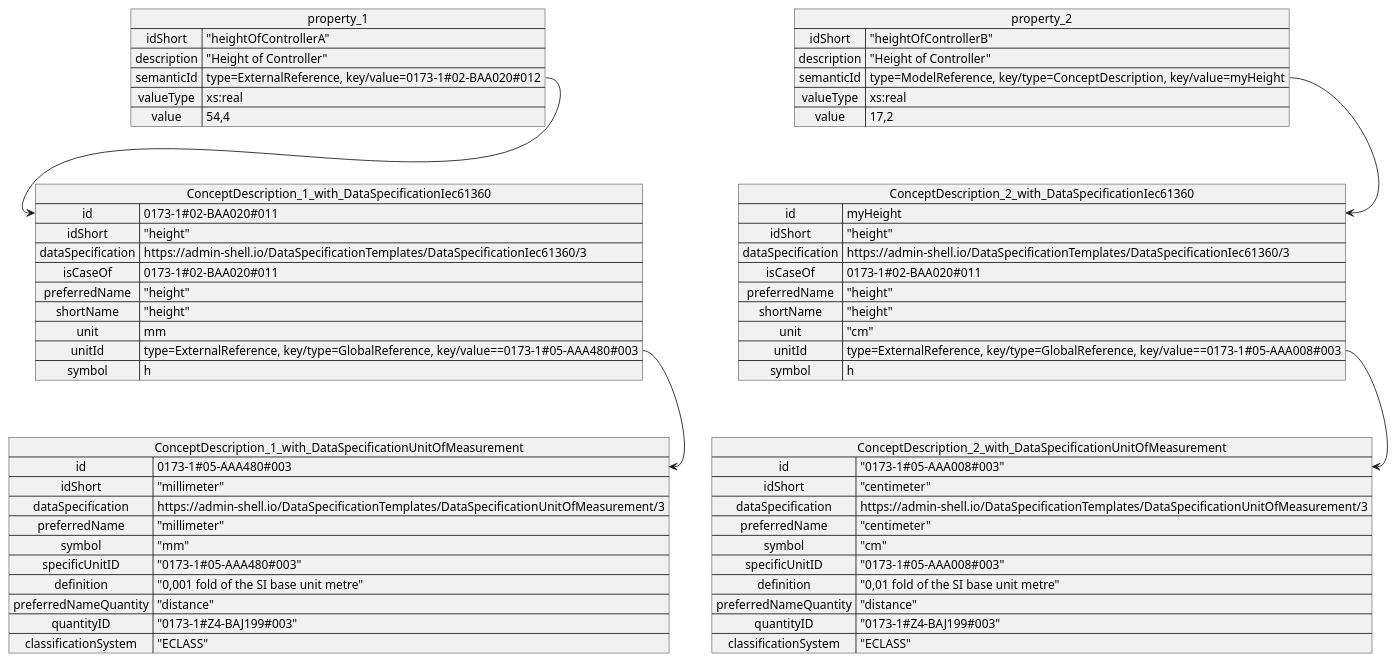
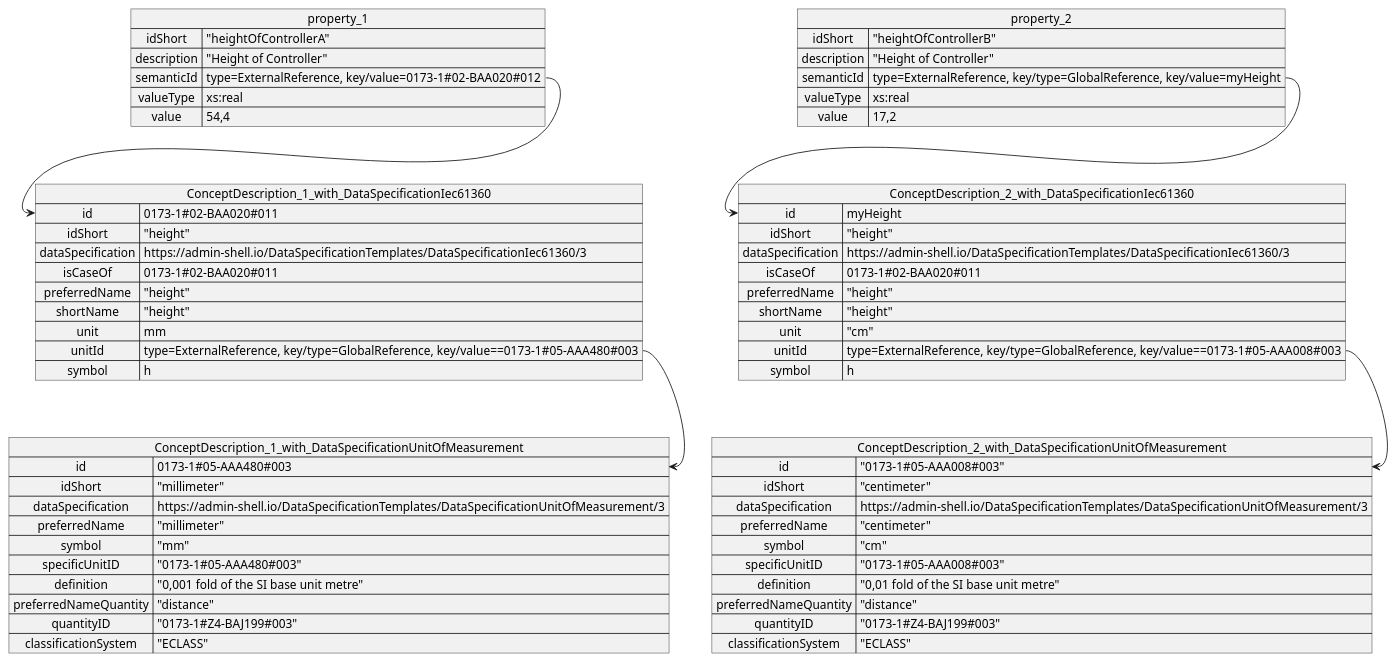
Before and after one commit to admin-shell-io/aas-specs-measurement-units: the third of 3 diagrams in documentation/IDTA-01003-b/modules/ROOT/pages/introduction.adoc, drawn with PlantUML.

```diff
--- a/documentation/IDTA-01003-b/modules/ROOT/pages/introduction.adoc
+++ b/documentation/IDTA-01003-b/modules/ROOT/pages/introduction.adoc
@@ -246,76 +246,76 @@
 [plantuml, image-ex-different-UoM, svg]
 ....
 @startuml
 map property_1 {
     idShort => "heightOfControllerA"
     description => "Height of Controller"
     semanticId => type=ExternalReference, key/value=0173-1#02-BAA020#012
     valueType => xs:real
     value => 54,4
 }
 
 map property_2 {
     idShort => "heightOfControllerB"
     description => "Height of Controller"
-    semanticId => type=ModelReference, key/type=ConceptDescription, key/value=myHeight
+    semanticId => type=ExternalReference, key/type=GlobalReference, key/value=myHeight
     valueType => xs:real
     value => 17,2
 }
 
 map  ConceptDescription_1_with_DataSpecificationIec61360 {
   id => 0173-1#02-BAA020#011
   idShort => "height"
   dataSpecification => https://admin-shell.io/DataSpecificationTemplates/DataSpecificationIec61360/3
   isCaseOf => 0173-1#02-BAA020#011
   preferredName  => "height"
   shortName => "height"
   unit => mm
   unitId => type=ExternalReference, key/type=GlobalReference, key/value==0173-1#05-AAA480#003
   symbol => h
 }
 
 map  ConceptDescription_2_with_DataSpecificationIec61360 {
   id => myHeight
   idShort => "height"
   dataSpecification => https://admin-shell.io/DataSpecificationTemplates/DataSpecificationIec61360/3
   isCaseOf => 0173-1#02-BAA020#011
   preferredName  => "height"
   shortName => "height"
   unit => "cm"
   unitId => type=ExternalReference, key/type=GlobalReference, key/value==0173-1#05-AAA008#003
   symbol => h
 }
 
 map ConceptDescription_1_with_DataSpecificationUnitOfMeasurement {
   id => 0173-1#05-AAA480#003
   idShort => "millimeter"
   dataSpecification => https://admin-shell.io/DataSpecificationTemplates/DataSpecificationUnitOfMeasurement/3
   preferredName => "millimeter"
   symbol => "mm"
   specificUnitID => "0173-1#05-AAA480#003"
   definition => "0,001 fold of the SI base unit metre"
   preferredNameQuantity => "distance"
   quantityID => "0173-1#Z4-BAJ199#003"
   classificationSystem => "ECLASS"
 }
 
 map ConceptDescription_2_with_DataSpecificationUnitOfMeasurement {
   id => "0173-1#05-AAA008#003"
   idShort => "centimeter"
   dataSpecification => https://admin-shell.io/DataSpecificationTemplates/DataSpecificationUnitOfMeasurement/3
   preferredName => "centimeter"
   symbol => "cm"
   specificUnitID => "0173-1#05-AAA008#003"
   definition => "0,01 fold of the SI base unit metre"
   preferredNameQuantity => "distance"
   quantityID => "0173-1#Z4-BAJ199#003"
   classificationSystem => "ECLASS"
 }
 
 property_1::semanticId --> ConceptDescription_1_with_DataSpecificationIec61360::id
 property_2::semanticId --> ConceptDescription_2_with_DataSpecificationIec61360::id
 ConceptDescription_1_with_DataSpecificationIec61360::unitId --> ConceptDescription_1_with_DataSpecificationUnitOfMeasurement::id
 ConceptDescription_2_with_DataSpecificationIec61360::unitId --> ConceptDescription_2_with_DataSpecificationUnitOfMeasurement::id
 
 @enduml
 ....
```
